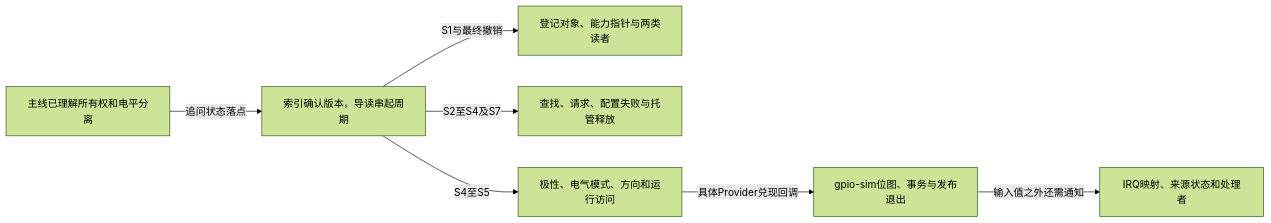
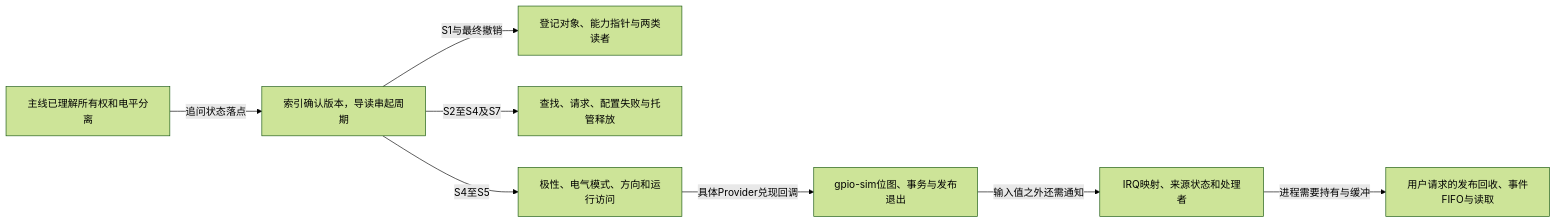
Before and after one commit to FormingSystem/linux_note: the diagram in research/source_reading/gpiolib/大纲.md, drawn with Mermaid (forest theme). The commit also changed other lines of this file and 9 other files, not shown here.

````diff
--- a/research/source_reading/gpiolib/大纲.md
+++ b/research/source_reading/gpiolib/大纲.md
@@ -17,9 +17,10 @@
 ```mermaid
 flowchart LR
     a["主线已理解所有权和电平分离"] -->|"追问状态落点"| b["索引确认版本，导读串起周期"]
     b -->|"S1与最终撤销"| c["登记对象、能力指针与两类读者"]
     b -->|"S2至S4及S7"| d["查找、请求、配置失败与托管释放"]
     b -->|"S4至S5"| e["极性、电气模式、方向和运行访问"]
     e -->|"具体Provider兑现回调"| f["gpio-sim位图、事务与发布退出"]
     f -->|"输入值之外还需通知"| g["IRQ映射、来源状态和处理者"]
+    g -->|"进程需要持有与缓冲"| h["用户请求的发布回收、事件FIFO与读取"]
 ```
````
